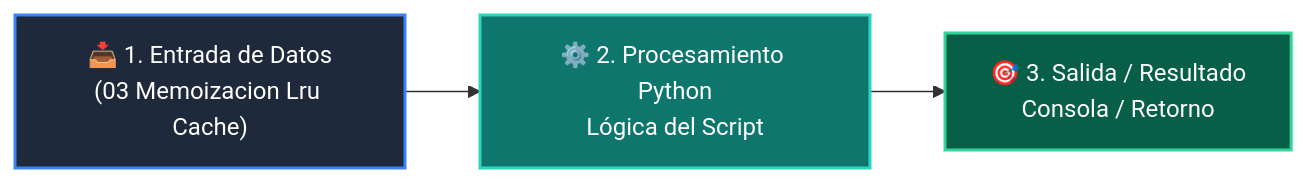
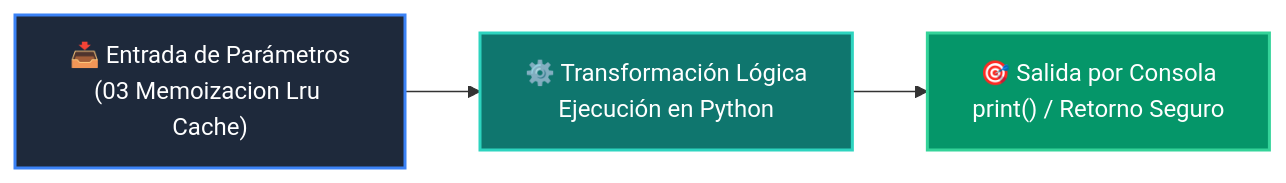
Before and after one commit to wisrovi/wisrovi-python: the diagram in 02-algoritmos-estructuras/clase-08-recursividad-y-programacion-dinamica/ejemplos/ejemplo_03_memoizacion_lru_cache/README.md, drawn with Mermaid. The commit also changed other lines of this file and 226 other files, not shown here.

Commit message:
docs: elevate all repository READMEs to world-class mastery standard with rich pedagogical architecture, custom Mermaids, and professional styling

````diff
--- a/02-algoritmos-estructuras/clase-08-recursividad-y-programacion-dinamica/ejemplos/ejemplo_03_memoizacion_lru_cache/README.md
+++ b/02-algoritmos-estructuras/clase-08-recursividad-y-programacion-dinamica/ejemplos/ejemplo_03_memoizacion_lru_cache/README.md
@@ -12,9 +19,9 @@
 ```mermaid
 flowchart LR
-    A["📥 1. Entrada de Datos<br/>(03 Memoizacion Lru Cache)"] --> B["⚙️ 2. Procesamiento Python<br/>Lógica del Script"]
-    B --> C["🎯 3. Salida / Resultado<br/>Consola / Retorno"]
+    A["📥 Entrada de Parámetros<br/>(03 Memoizacion Lru Cache)"] --> B["⚙️ Transformación Lógica<br/>Ejecución en Python"]
+    B --> C["🎯 Salida por Consola<br/>print() / Retorno Seguro"]
 
-    style A fill:#1e293b,color:#fff,stroke:#3b82f6,stroke-width:2px
-    style B fill:#0f766e,color:#fff,stroke:#2dd4bf,stroke-width:2px
-    style C fill:#065f46,color:#fff,stroke:#34d399,stroke-width:2px
+    style A fill:#1e293b,color:#ffffff,stroke:#3b82f6,stroke-width:2px
+    style B fill:#0f766e,color:#ffffff,stroke:#2dd4bf,stroke-width:2px
+    style C fill:#059669,color:#ffffff,stroke:#34d399,stroke-width:2px
 ```
````
